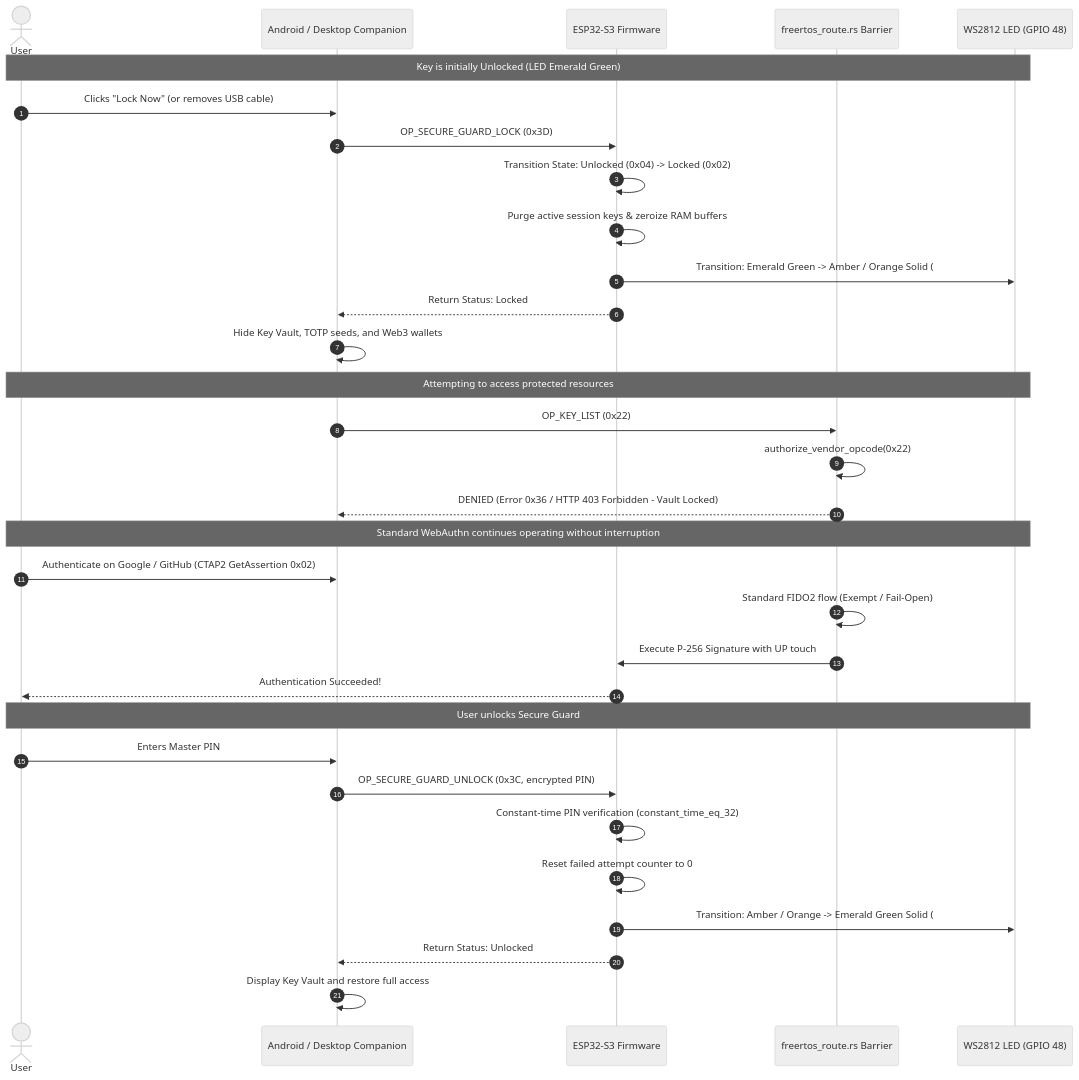
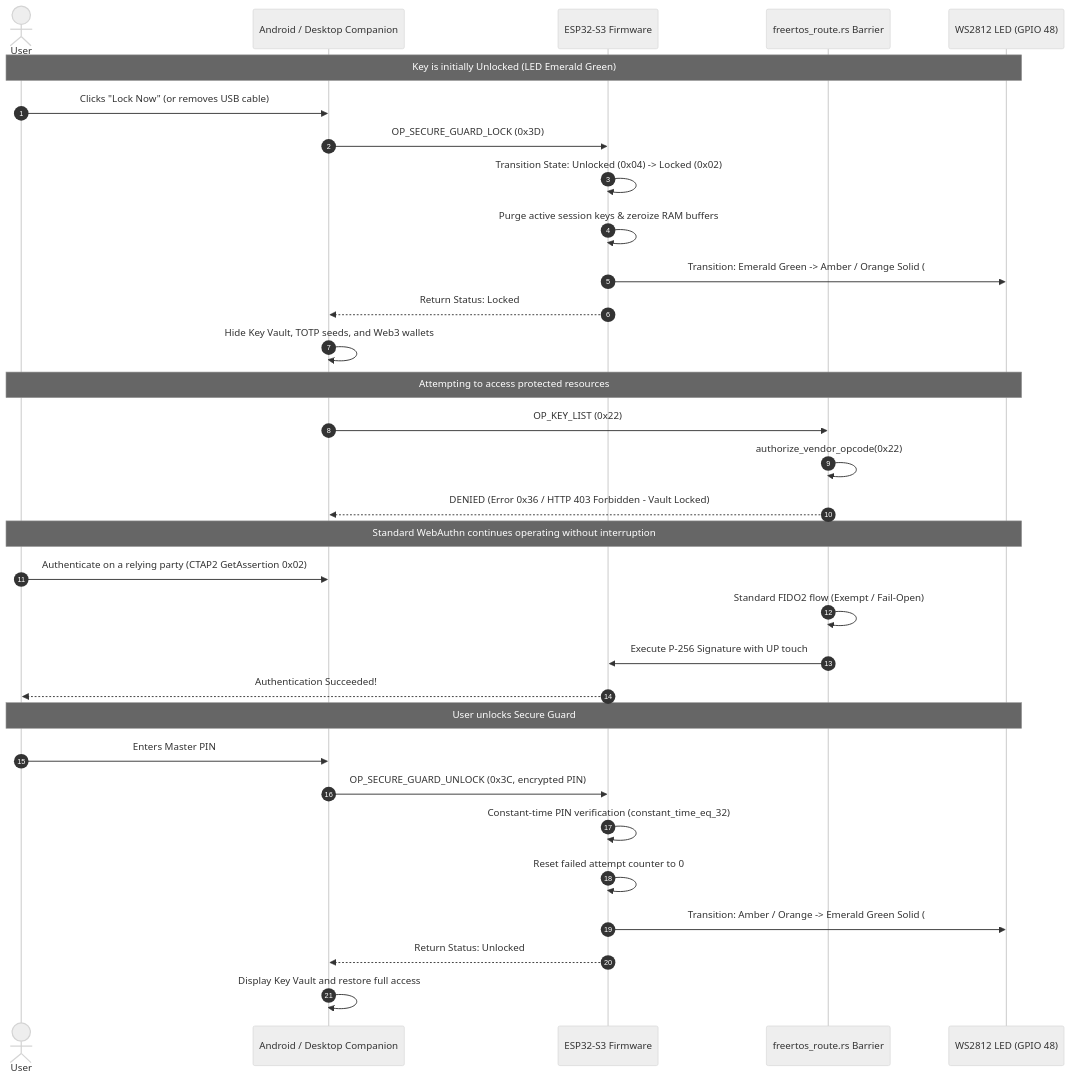
One commit to jgsjnr/rust-fido changed the sixth of 10 diagrams in docs/project/PROJECT.md. Above: the diagram before and after it, drawn with Mermaid (neutral theme). The commit also changed other lines of this file and 8 other files, not shown here.

````diff
--- a/docs/project/PROJECT.md
+++ b/docs/project/PROJECT.md
@@ -519,38 +519,38 @@
 ```mermaid
 sequenceDiagram
     autonumber
     actor User as User
     participant App as Android / Desktop Companion
     participant FW as ESP32-S3 Firmware
     participant Router as freertos_route.rs Barrier
     participant LED as WS2812 LED (GPIO 48)
 
     Note over User,LED: Key is initially Unlocked (LED Emerald Green)
     User->>App: Clicks "Lock Now" (or removes USB cable)
     App->>FW: OP_SECURE_GUARD_LOCK (0x3D)
     FW->>FW: Transition State: Unlocked (0x04) -> Locked (0x02)
     FW->>FW: Purge active session keys & zeroize RAM buffers
     FW->>LED: Transition: Emerald Green -> Amber / Orange Solid (#3C1900)
     FW-->>App: Return Status: Locked
     App->>App: Hide Key Vault, TOTP seeds, and Web3 wallets
 
     Note over User,LED: Attempting to access protected resources
     App->>Router: OP_KEY_LIST (0x22)
     Router->>Router: authorize_vendor_opcode(0x22)
     Router-->>App: DENIED (Error 0x36 / HTTP 403 Forbidden - Vault Locked)
 
     Note over User,LED: Standard WebAuthn continues operating without interruption
-    User->>App: Authenticate on Google / GitHub (CTAP2 GetAssertion 0x02)
+    User->>App: Authenticate on a relying party (CTAP2 GetAssertion 0x02)
     Router->>Router: Standard FIDO2 flow (Exempt / Fail-Open)
     Router->>FW: Execute P-256 Signature with UP touch
     FW-->>User: Authentication Succeeded!
 
     Note over User,LED: User unlocks Secure Guard
     User->>App: Enters Master PIN
     App->>FW: OP_SECURE_GUARD_UNLOCK (0x3C, encrypted PIN)
     FW->>FW: Constant-time PIN verification (constant_time_eq_32)
     FW->>FW: Reset failed attempt counter to 0
     FW->>LED: Transition: Amber / Orange -> Emerald Green Solid (#003C0F)
     FW-->>App: Return Status: Unlocked
     App->>App: Display Key Vault and restore full access
 ```
````
